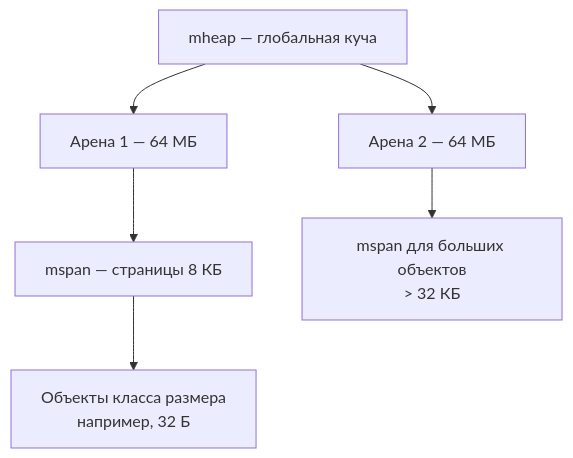
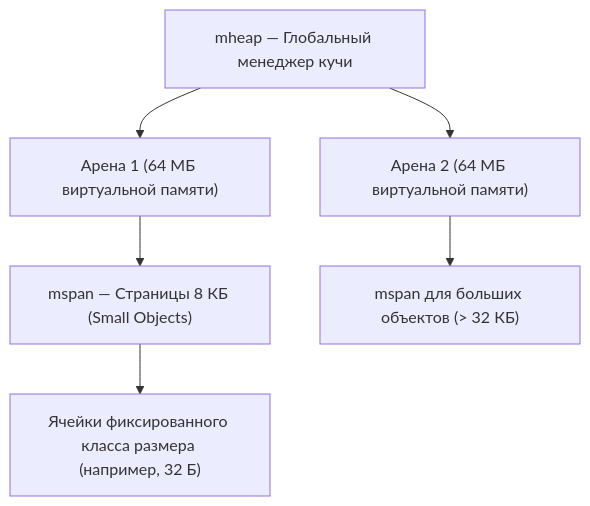
The second of 2 diagrams in sources/16. Профилирование, отладка и производительность/04. Memory profiling/1. Memory model Go.md (UnrealTemplier/go-textbook), drawn with Mermaid before and after one commit. The commit also changed other lines of this file, not shown here.

````diff
--- a/sources/16. Профилирование, отладка и производительность/04. Memory profiling/1. Memory model Go.md
+++ b/sources/16. Профилирование, отладка и производительность/04. Memory profiling/1. Memory model Go.md
@@ -95,8 +120,8 @@
 ```mermaid
 flowchart TD
-    MHeap["mheap — глобальная куча"] --> Arena1["Арена 1 — 64 МБ"]
-    MHeap --> Arena2["Арена 2 — 64 МБ"]
-    Arena1 --> Span1["mspan — страницы 8 КБ"]
-    Span1 --> Obj["Объекты класса размера<br>например, 32 Б"]
-    Arena2 --> Span2["mspan для больших объектов<br>> 32 КБ"]
+    MHeap["mheap — Глобальный менеджер кучи"] --> Arena1["Арена 1 (64 МБ виртуальной памяти)"]
+    MHeap --> Arena2["Арена 2 (64 МБ виртуальной памяти)"]
+    Arena1 --> Span1["mspan — Страницы 8 КБ (Small Objects)"]
+    Span1 --> Obj["Ячейки фиксированного класса размера (например, 32 Б)"]
+    Arena2 --> Span2["mspan для больших объектов (> 32 КБ)"]
 ```
````
